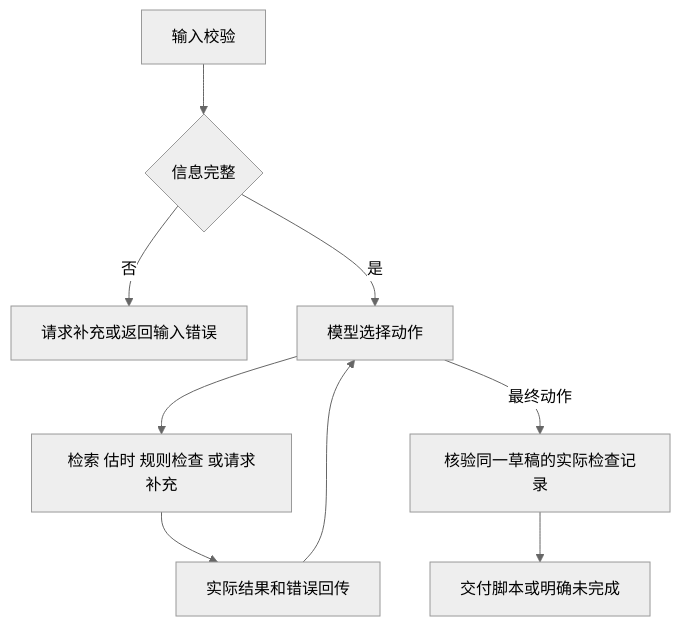
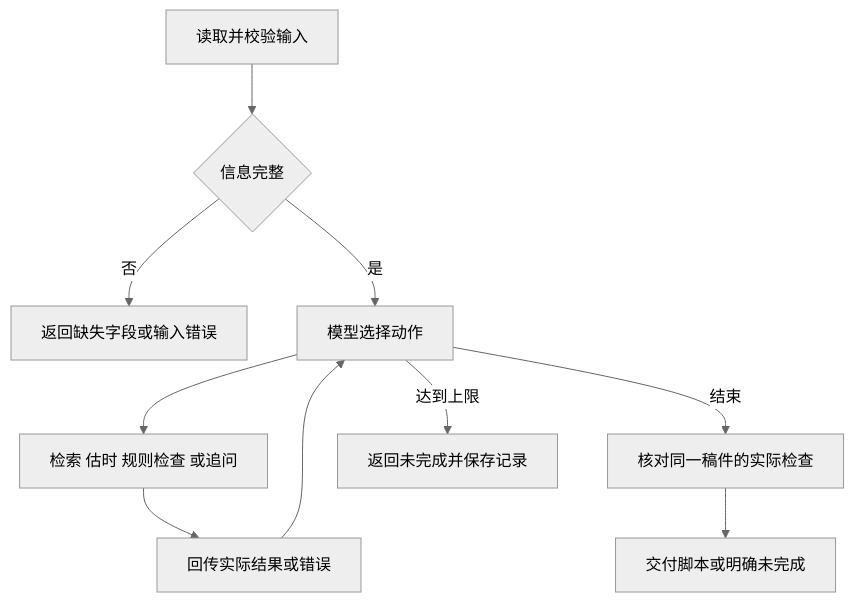
Before and after one commit to paigeman/short-video-script-agent: the diagram in docs/02-solution.md, drawn with Mermaid (neutral theme). The commit also changed other lines of this file and 17 other files, not shown here.

````diff
--- a/docs/02-solution.md
+++ b/docs/02-solution.md
@@ -5,11 +7,12 @@
 ```mermaid
 flowchart TD
-    A[输入校验] --> B{信息完整}
-    B -->|否| C[请求补充或返回输入错误]
+    A[读取并校验输入] --> B{信息完整}
+    B -->|否| C[返回缺失字段或输入错误]
     B -->|是| D[模型选择动作]
-    D --> E[检索 估时 规则检查 或请求补充]
-    E --> F[实际结果和错误回传]
+    D --> E[检索 估时 规则检查 或追问]
+    E --> F[回传实际结果或错误]
     F --> D
-    D -->|最终动作| G[核验同一草稿的实际检查记录]
+    D -->|结束| G[核对同一稿件的实际检查]
     G --> H[交付脚本或明确未完成]
+    D -->|达到上限| I[返回未完成并保存记录]
 ```
````
